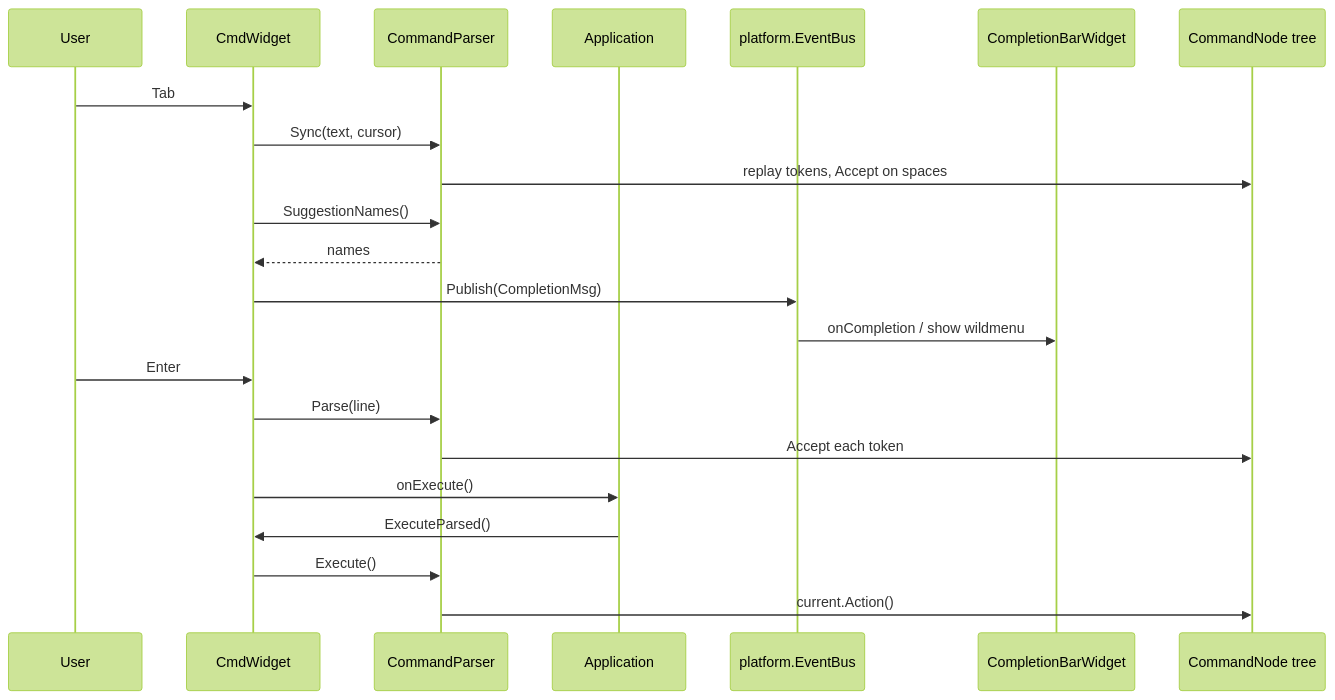
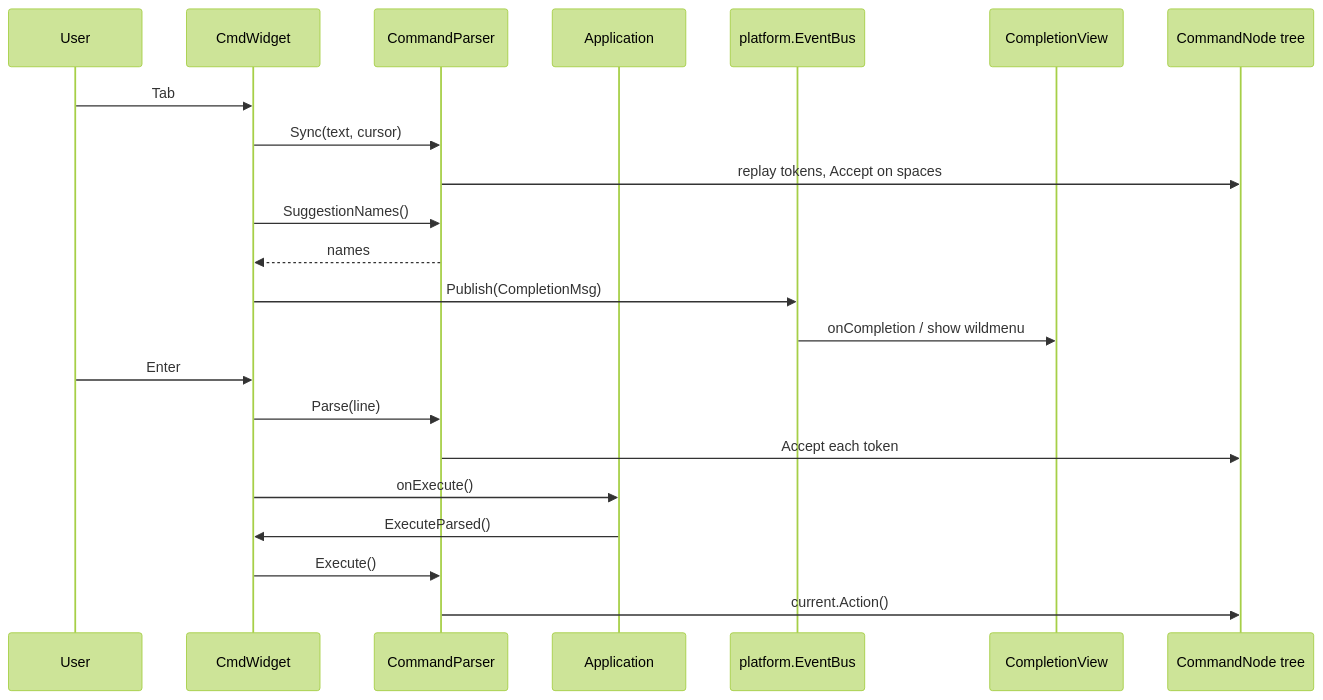
One commit to yairgd/termforge changed the second of 2 diagrams in docs/COMMAND_SYSTEM.md. Above: the diagram before and after it, drawn with Mermaid (forest theme). The commit also changed other lines of this file and 15 other files, not shown here.

````diff
--- a/docs/COMMAND_SYSTEM.md
+++ b/docs/COMMAND_SYSTEM.md
@@ -280,26 +280,26 @@
 ```mermaid
 sequenceDiagram
     participant User
     participant CmdW as CmdWidget
     participant Parser as CommandParser
     participant App as Application
     participant Bus as platform.EventBus
-    participant Bar as CompletionBarWidget
+    participant Bar as CompletionView
     participant Tree as CommandNode tree
 
     User->>CmdW: Tab
     CmdW->>Parser: Sync(text, cursor)
     Parser->>Tree: replay tokens, Accept on spaces
     CmdW->>Parser: SuggestionNames()
     Parser-->>CmdW: names
     CmdW->>Bus: Publish(CompletionMsg)
     Bus->>Bar: onCompletion / show wildmenu
 
     User->>CmdW: Enter
     CmdW->>Parser: Parse(line)
     Parser->>Tree: Accept each token
     CmdW->>App: onExecute()
     App->>CmdW: ExecuteParsed()
     CmdW->>Parser: Execute()
     Parser->>Tree: current.Action()
 ```
````
